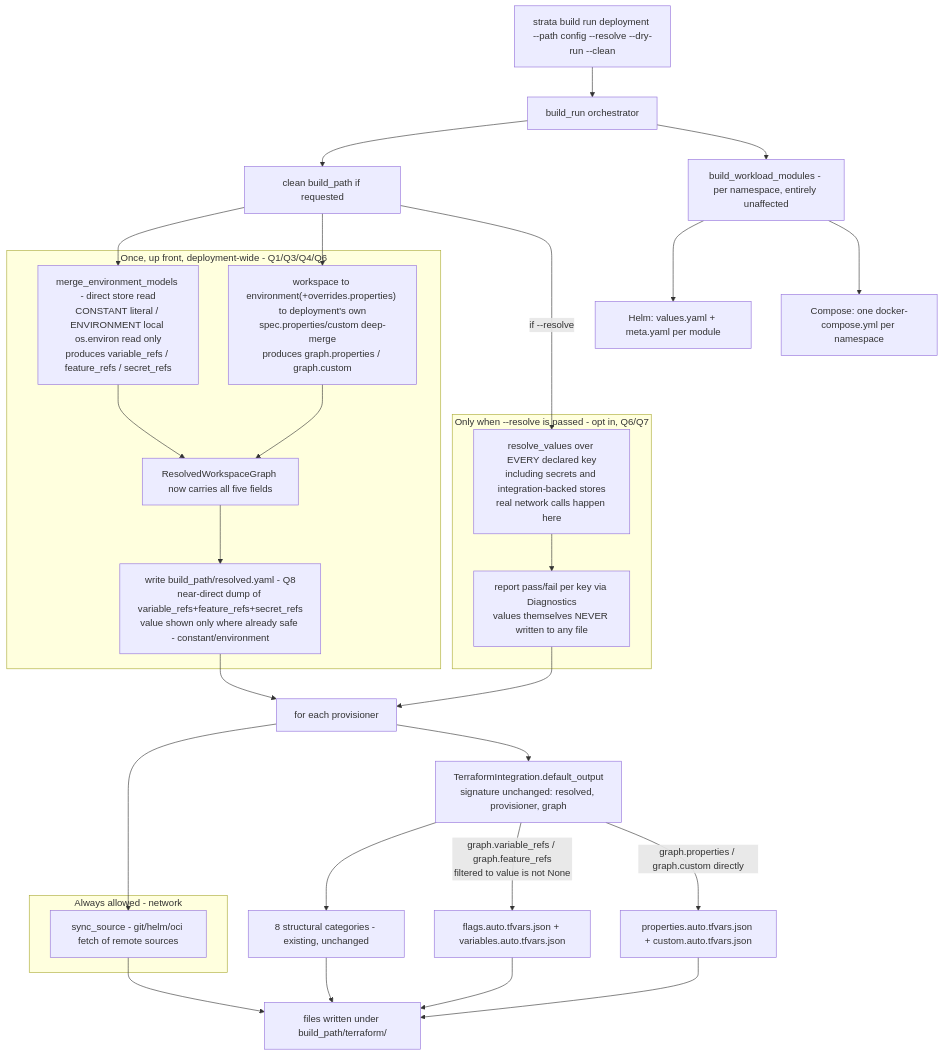
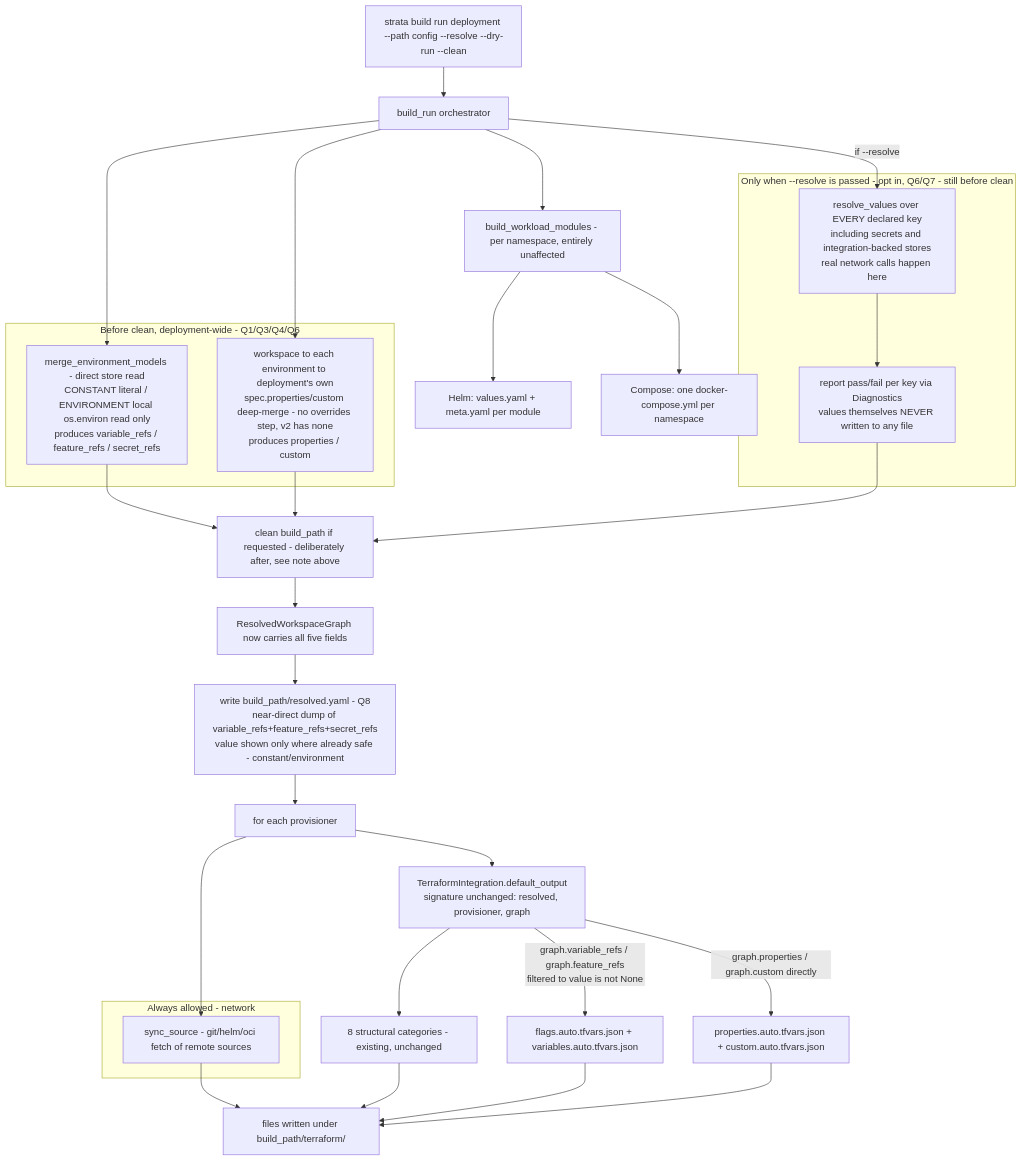
The second of 2 diagrams in docs/design/build-time-value-categories.md (huybrechtsxyz/strata), drawn with Mermaid before and after one commit. The commit also changed other lines of this file and 13 other files, not shown here.

First line of the commit message:
feat: Enhance value resolution and environment handling

````diff
--- a/docs/design/build-time-value-categories.md
+++ b/docs/design/build-time-value-categories.md
@@ -106,45 +107,46 @@
 ```mermaid
 flowchart TB
     CLI["strata build run deployment --path config --resolve --dry-run --clean"]
     CLI --> BR["build_run orchestrator"]
-    BR --> CLEAN["clean build_path if requested"]
 
-    subgraph ONETIME["Once, up front, deployment-wide - Q1/Q3/Q4/Q6"]
+    subgraph ONETIME["Before clean, deployment-wide - Q1/Q3/Q4/Q6"]
         MEM["merge_environment_models - direct store read<br/>CONSTANT literal / ENVIRONMENT local os.environ read only<br/>produces variable_refs / feature_refs / secret_refs"]
-        SPECM["workspace to environment(+overrides.properties) to deployment's own<br/>spec.properties/custom deep-merge<br/>produces graph.properties / graph.custom"]
-        GRAPH["ResolvedWorkspaceGraph now carries all five fields"]
-        MANIFEST["write build_path/resolved.yaml - Q8<br/>near-direct dump of variable_refs+feature_refs+secret_refs<br/>value shown only where already safe - constant/environment"]
+        SPECM["workspace to each environment to deployment's own<br/>spec.properties/custom deep-merge - no overrides step, v2 has none<br/>produces properties / custom"]
     end
 
-    subgraph RESOLVEFLAG["Only when --resolve is passed - opt in, Q6/Q7"]
+    subgraph RESOLVEFLAG["Only when --resolve is passed - opt in, Q6/Q7 - still before clean"]
         RVALL["resolve_values over EVERY declared key<br/>including secrets and integration-backed stores<br/>real network calls happen here"]
         DIAG["report pass/fail per key via Diagnostics<br/>values themselves NEVER written to any file"]
     end
 
-    CLEAN --> MEM --> GRAPH
-    CLEAN --> SPECM --> GRAPH
-    GRAPH --> MANIFEST
-    CLEAN -->|"if --resolve"| RVALL --> DIAG
+    BR --> MEM
+    BR --> SPECM
+    BR -->|"if --resolve"| RVALL --> DIAG
+    MEM --> CLEAN["clean build_path if requested - deliberately after, see note above"]
+    SPECM --> CLEAN
+    DIAG --> CLEAN
+
+    CLEAN --> GRAPH["ResolvedWorkspaceGraph now carries all five fields"]
+    GRAPH --> MANIFEST["write build_path/resolved.yaml - Q8<br/>near-direct dump of variable_refs+feature_refs+secret_refs<br/>value shown only where already safe - constant/environment"]
     MANIFEST --> LOOP["for each provisioner"]
-    DIAG --> LOOP
 
     subgraph OK["Always allowed - network"]
         SYNC["sync_source - git/helm/oci fetch of remote sources"]
     end
 
     LOOP --> SYNC
     LOOP --> DO["TerraformIntegration.default_output<br/>signature unchanged: resolved, provisioner, graph"]
 
     DO --> EXIST["8 structural categories - existing, unchanged"]
     DO -->|"graph.variable_refs / graph.feature_refs<br/>filtered to value is not None"| FEAT["flags.auto.tfvars.json + variables.auto.tfvars.json"]
     DO -->|"graph.properties / graph.custom directly"| PROP["properties.auto.tfvars.json + custom.auto.tfvars.json"]
 
     SYNC --> WRITE["files written under build_path/terraform/"]
     EXIST --> WRITE
     FEAT --> WRITE
     PROP --> WRITE
 
     BR --> WORKLOAD["build_workload_modules - per namespace, entirely unaffected"]
     WORKLOAD --> HELM["Helm: values.yaml + meta.yaml per module"]
     WORKLOAD --> COMPOSE["Compose: one docker-compose.yml per namespace"]
 ```
````
